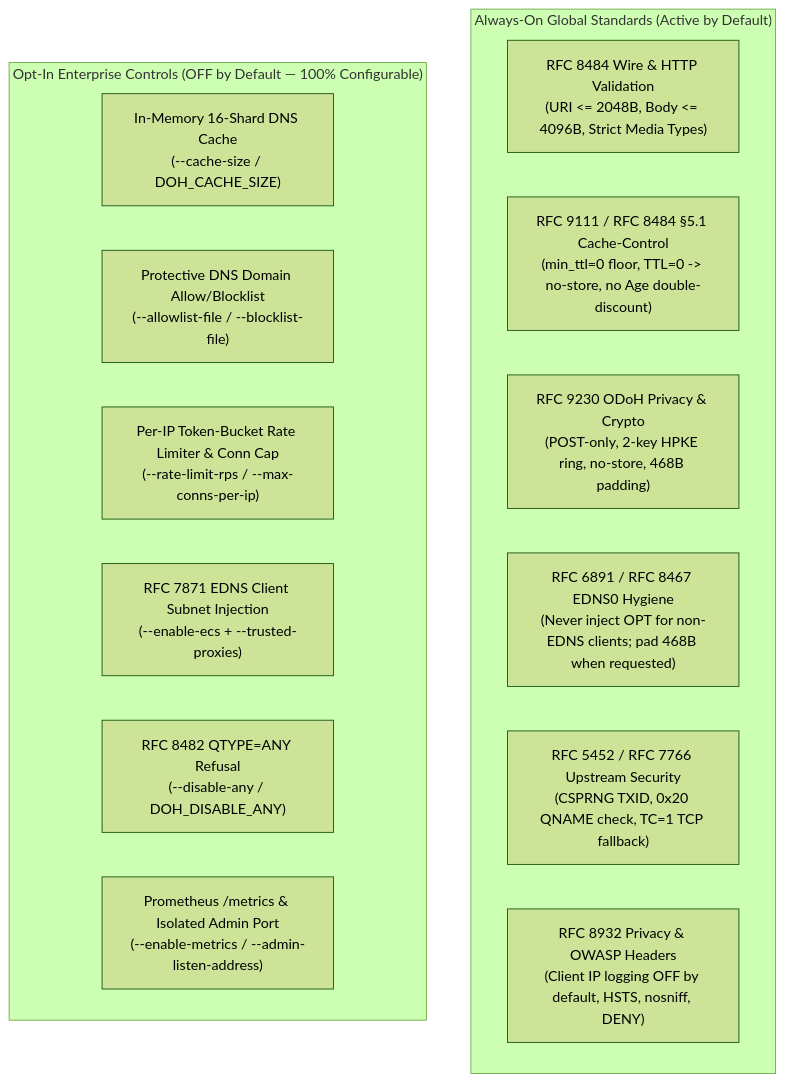
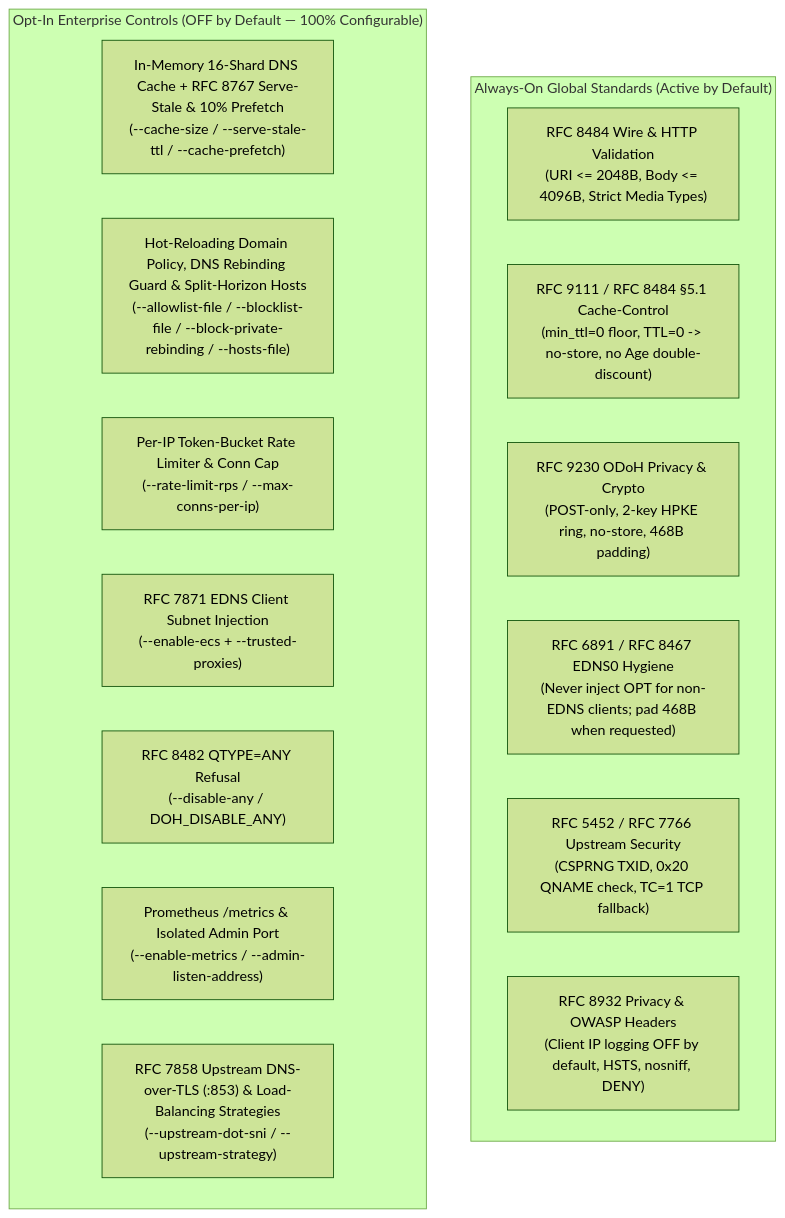
One commit to daviante-org/daviante-doh changed the diagram in docs/STANDARDS_AND_SECURITY.md. Above: the diagram before and after it, drawn with Mermaid (forest theme). The commit also changed other lines of this file and 31 other files, not shown here.

````diff
--- a/docs/STANDARDS_AND_SECURITY.md
+++ b/docs/STANDARDS_AND_SECURITY.md
@@ -31,20 +31,21 @@
 ```mermaid
 flowchart TD
     subgraph AlwaysOn["Always-On Global Standards (Active by Default)"]
         R1["RFC 8484 Wire & HTTP Validation<br/>(URI <= 2048B, Body <= 4096B, Strict Media Types)"]
         R2["RFC 9111 / RFC 8484 §5.1 Cache-Control<br/>(min_ttl=0 floor, TTL=0 -> no-store, no Age double-discount)"]
         R3["RFC 9230 ODoH Privacy & Crypto<br/>(POST-only, 2-key HPKE ring, no-store, 468B padding)"]
         R4["RFC 6891 / RFC 8467 EDNS0 Hygiene<br/>(Never inject OPT for non-EDNS clients; pad 468B when requested)"]
         R5["RFC 5452 / RFC 7766 Upstream Security<br/>(CSPRNG TXID, 0x20 QNAME check, TC=1 TCP fallback)"]
         R6["RFC 8932 Privacy & OWASP Headers<br/>(Client IP logging OFF by default, HSTS, nosniff, DENY)"]
     end
 
     subgraph OptIn["Opt-In Enterprise Controls (OFF by Default — 100% Configurable)"]
-        O1["In-Memory 16-Shard DNS Cache<br/>(--cache-size / DOH_CACHE_SIZE)"]
-        O2["Protective DNS Domain Allow/Blocklist<br/>(--allowlist-file / --blocklist-file)"]
+        O1["In-Memory 16-Shard DNS Cache + RFC 8767 Serve-Stale & 10% Prefetch<br/>(--cache-size / --serve-stale-ttl / --cache-prefetch)"]
+        O2["Hot-Reloading Domain Policy, DNS Rebinding Guard & Split-Horizon Hosts<br/>(--allowlist-file / --blocklist-file / --block-private-rebinding / --hosts-file)"]
         O3["Per-IP Token-Bucket Rate Limiter & Conn Cap<br/>(--rate-limit-rps / --max-conns-per-ip)"]
         O4["RFC 7871 EDNS Client Subnet Injection<br/>(--enable-ecs + --trusted-proxies)"]
         O5["RFC 8482 QTYPE=ANY Refusal<br/>(--disable-any / DOH_DISABLE_ANY)"]
         O6["Prometheus /metrics & Isolated Admin Port<br/>(--enable-metrics / --admin-listen-address)"]
+        O7["RFC 7858 Upstream DNS-over-TLS (:853) & Load-Balancing Strategies<br/>(--upstream-dot-sni / --upstream-strategy)"]
     end
 ```
````
